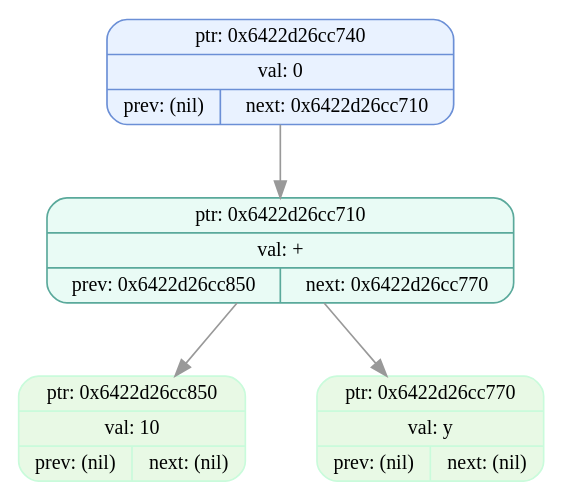
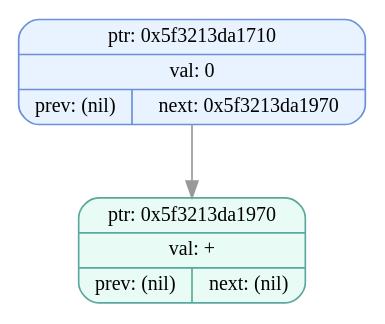
Before and after one commit to EvilTomato9890/Difference: the diagram in dumps/tree_dump_000.dot, drawn with Graphviz. The commit also changed 26 other files, not shown here.

```diff
--- a/dumps/tree_dump_000.dot
+++ b/dumps/tree_dump_000.dot
@@ -1,11 +1,7 @@
 digraph T{
   node [fontname="Fira Mono",shape=record,style="filled,rounded",fontsize=12];
   graph [splines=true, nodesep=0.6, ranksep=0.6];
-  node_0x6422d26cc740[shape=record,label="{ {ptr: 0x6422d26cc740} | {val: 0} | { prev: (nil) | next: 0x6422d26cc710 } }",color="#6b8fd6",fillcolor="#e9f2ff"];
-  node_0x6422d26cc710[shape=record,label="{ {ptr: 0x6422d26cc710} | {val: +} | { prev: 0x6422d26cc850 | next: 0x6422d26cc770 } }",color="#5aa99b",fillcolor="#e9fbf5"];
-  node_0x6422d26cc850[shape=record,label="{ {ptr: 0x6422d26cc850} | {val: 10} | { prev: (nil) | next: (nil) } }",color="#c9fbdbff",fillcolor="#e8f9e5ff"];
-  node_0x6422d26cc770[shape=record,label="{ {ptr: 0x6422d26cc770} | {val: y} | { prev: (nil) | next: (nil) } }",color="#c9fbdbff",fillcolor="#e8f9e5ff"];
-  node_0x6422d26cc740 -> node_0x6422d26cc710 [color="#999999"];
-  node_0x6422d26cc710 -> node_0x6422d26cc850 [color="#999999"];
-  node_0x6422d26cc710 -> node_0x6422d26cc770 [color="#999999"];
+  node_0x5f3213da1710[shape=record,label="{ {ptr: 0x5f3213da1710} | {val: 0} | { prev: (nil) | next: 0x5f3213da1970 } }",color="#6b8fd6",fillcolor="#e9f2ff"];
+  node_0x5f3213da1970[shape=record,label="{ {ptr: 0x5f3213da1970} | {val: +} | { prev: (nil) | next: (nil) } }",color="#5aa99b",fillcolor="#e9fbf5"];
+  node_0x5f3213da1710 -> node_0x5f3213da1970 [color="#999999"];
 }
```
